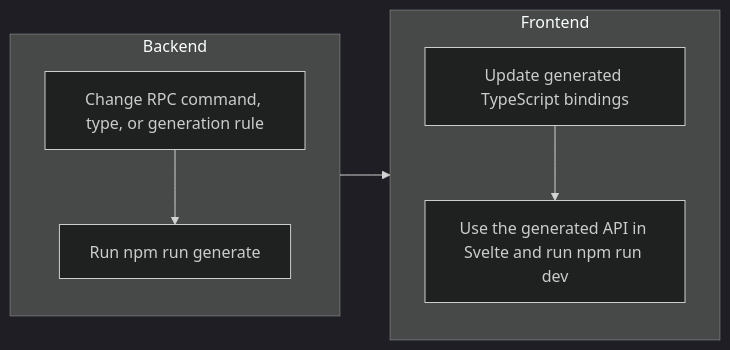
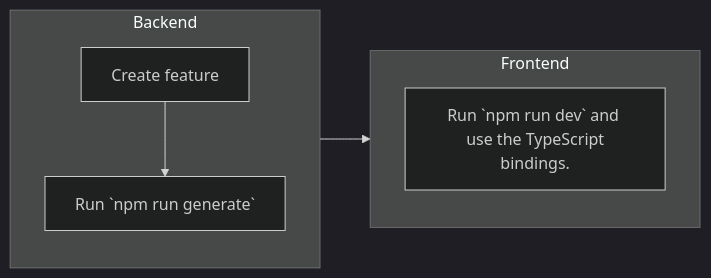
The diagram in README.md (spinalcord/nimri), drawn with Mermaid (dark theme) before and after one commit. The commit also changed other lines of this file and 1 other file, not shown here.

Commit message:
Update Skills so its clear what a feature factory is

````diff
--- a/README.md
+++ b/README.md
@@ -62,18 +76,16 @@
 ```mermaid
 flowchart LR
   subgraph Backend
     direction TB
-    A[Change RPC command, type, or generation rule]
-    B[Run npm run generate]
+    A[Create feature]
+    B[Run `npm run generate`]
     A --> B
   end
 
   subgraph Frontend
     direction TB
-    C[Update generated TypeScript bindings]
-    D[Use the generated API in Svelte and run npm run dev]
-    C --> D
+    D[Run `npm run dev` and \n use the TypeScript bindings.]
   end
 
-  B --> C
+  B --> D
 ```
````
